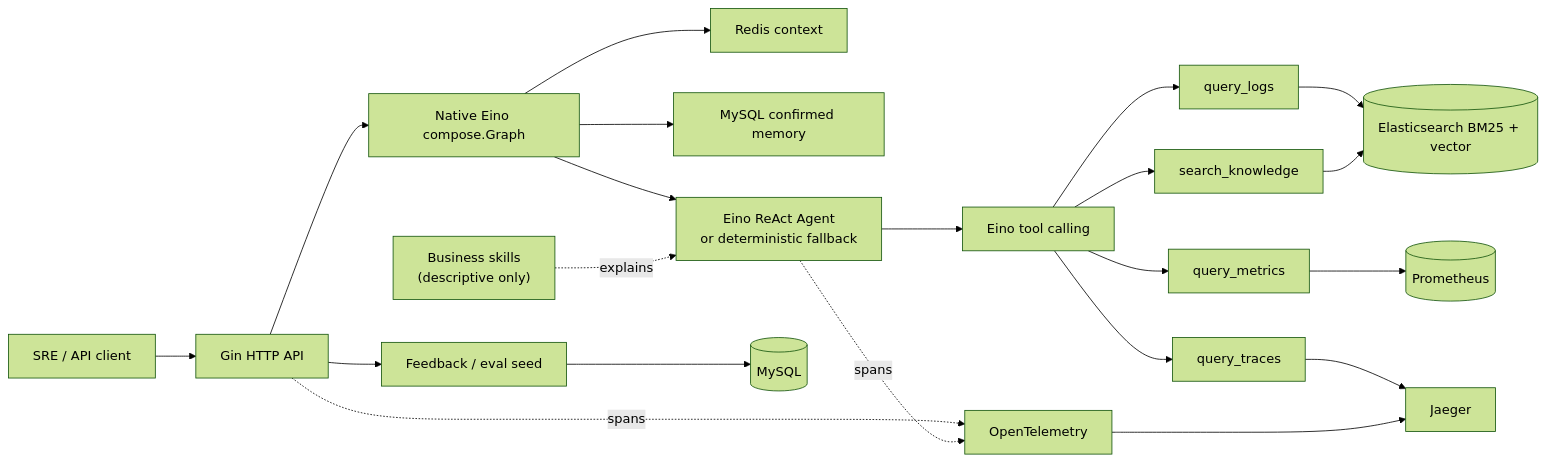
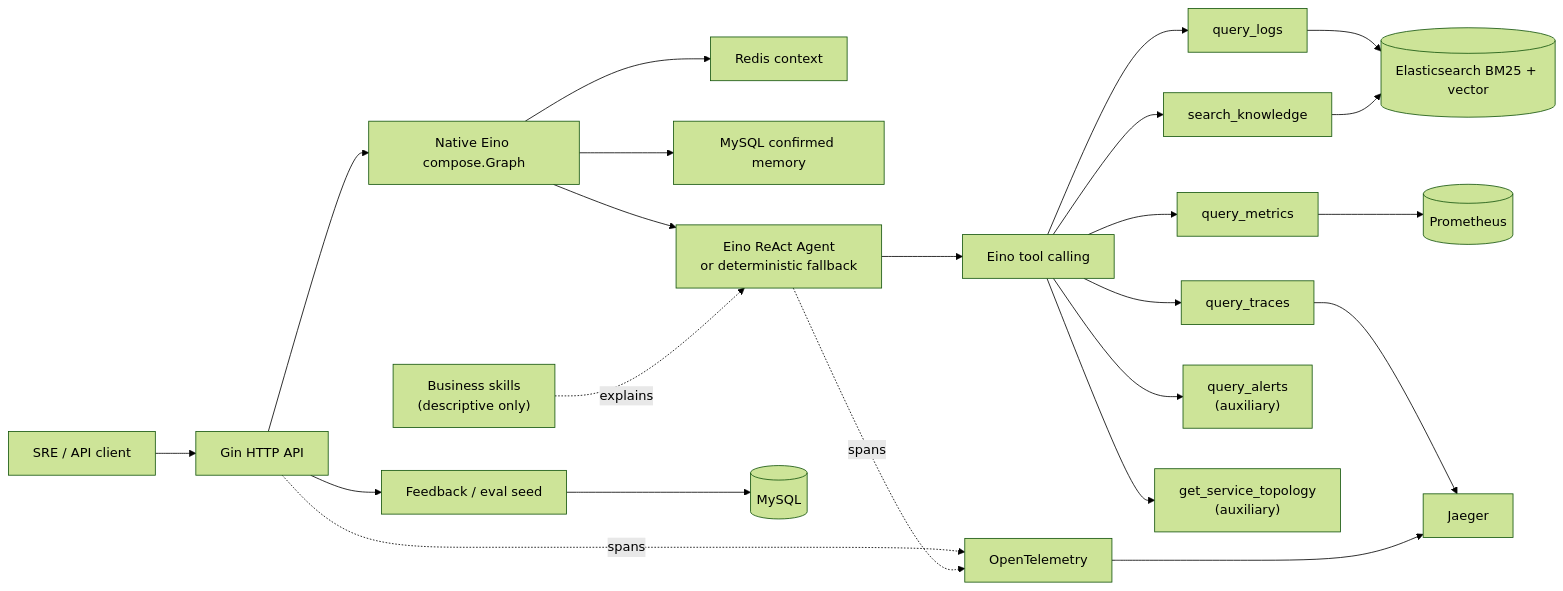
The diagram in README.md (jiawei-wang-dev/WatchOps-Lite), drawn with Mermaid (forest theme) before and after one commit. The commit also changed other lines of this file and 21 other files, not shown here.

````diff
--- a/README.md
+++ b/README.md
@@ -9,23 +9,25 @@
 ```mermaid
 flowchart LR
     C["SRE / API client"] --> G["Gin HTTP API"]
     G --> A["Native Eino compose.Graph"]
     A --> M["Redis context"]
     A --> LM["MySQL confirmed memory"]
     A --> E["Eino ReAct Agent<br/>or deterministic fallback"]
     S["Business skills<br/>(descriptive only)"] -. explains .-> E
     E --> T["Eino tool calling"]
     T --> L["query_logs"]
     T --> P["query_metrics"]
     T --> R["query_traces"]
     T --> K["search_knowledge"]
+    T --> AL["query_alerts<br/>(auxiliary)"]
+    T --> TP["get_service_topology<br/>(auxiliary)"]
     L --> ES
     P --> PROM[("Prometheus")]
     R --> J
     K --> ES[("Elasticsearch BM25 + vector")]
     G --> F["Feedback / eval seed"]
     F --> DB[("MySQL")]
     G -. spans .-> O["OpenTelemetry"]
     E -. spans .-> O
     O --> J["Jaeger"]
 ```
````
